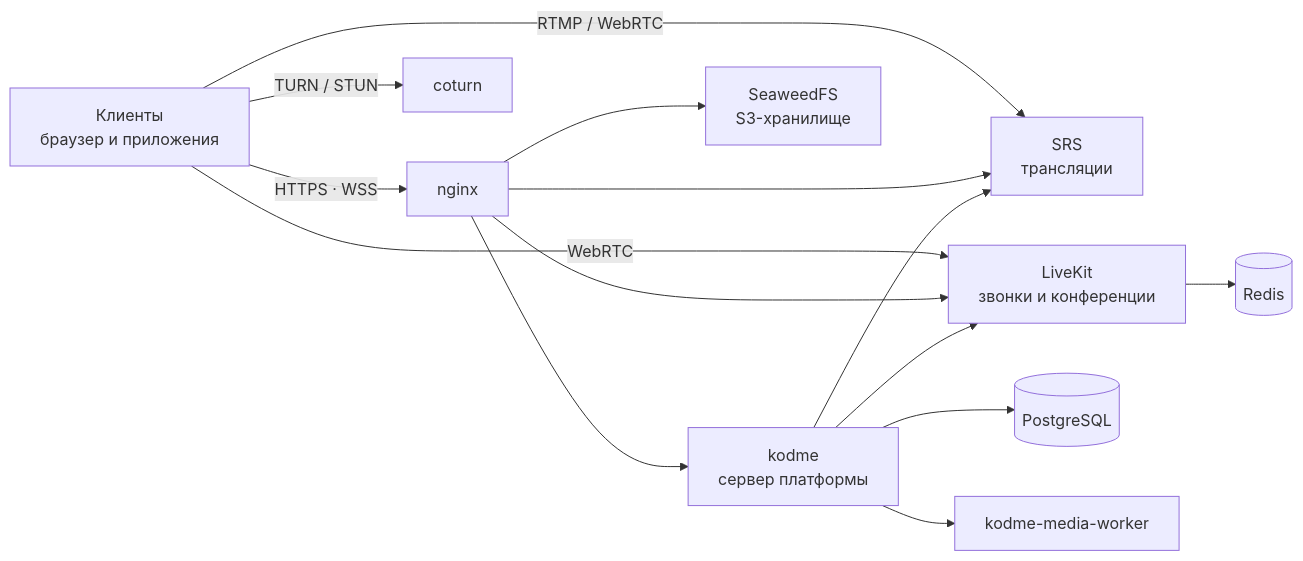
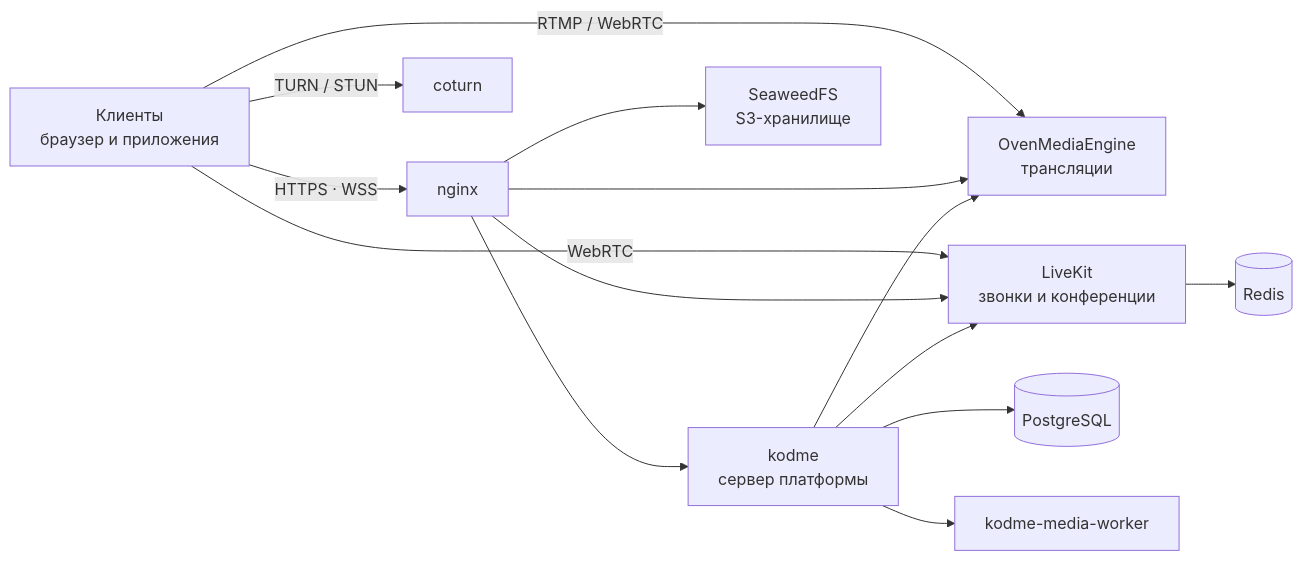
One commit to bukreevlad/kodme changed the diagram in README.md. Above: the diagram before and after it, drawn with Mermaid. The commit also changed other lines of this file and 7 other files, not shown here.

````diff
--- a/README.md
+++ b/README.md
@@ -109,18 +109,18 @@
 ```mermaid
 graph LR
     C[Клиенты<br/>браузер и приложения] -->|HTTPS · WSS| N[nginx]
-    C -->|RTMP / WebRTC| SRS[SRS<br/>трансляции]
+    C -->|RTMP / WebRTC| OME[OvenMediaEngine<br/>трансляции]
     C -->|WebRTC| LK[LiveKit<br/>звонки и конференции]
     C -->|TURN / STUN| TURN[coturn]
 
     N --> K[kodme<br/>сервер платформы]
     N --> S3[SeaweedFS<br/>S3-хранилище]
     N --> LK
-    N --> SRS
+    N --> OME
 
     K --> DB[(PostgreSQL)]
     K --> MW[kodme-media-worker]
     K --> LK
-    K --> SRS
+    K --> OME
     LK --> R[(Redis)]
 ```
````
